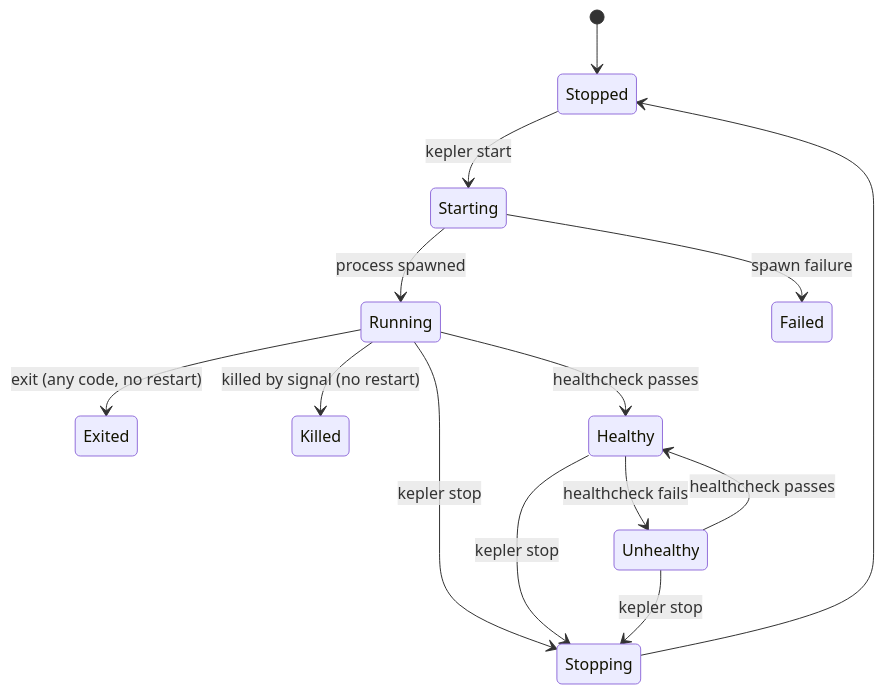
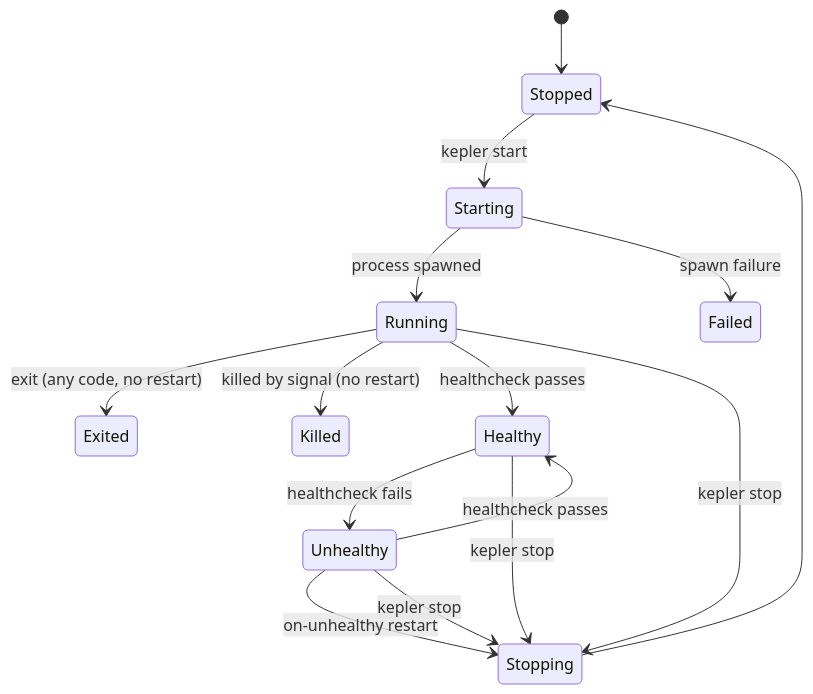
One commit to maleus-ai/kepler changed the diagram in docs/service-lifecycle.md. Above: the diagram before and after it, drawn with Mermaid. The commit also changed other lines of this file and 27 other files, not shown here.

````diff
--- a/docs/service-lifecycle.md
+++ b/docs/service-lifecycle.md
@@ -48,16 +48,17 @@
 ```mermaid
 stateDiagram-v2
     [*] --> Stopped
     Stopped --> Starting : kepler start
     Starting --> Running : process spawned
     Starting --> Failed : spawn failure
     Running --> Exited : exit (any code, no restart)
     Running --> Killed : killed by signal (no restart)
     Running --> Healthy : healthcheck passes
     Healthy --> Unhealthy : healthcheck fails
     Unhealthy --> Healthy : healthcheck passes
+    Unhealthy --> Stopping : on-unhealthy restart
     Running --> Stopping : kepler stop
     Healthy --> Stopping : kepler stop
     Unhealthy --> Stopping : kepler stop
     Stopping --> Stopped
 ```
````
